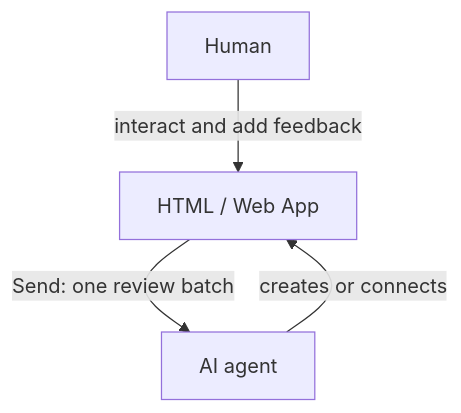
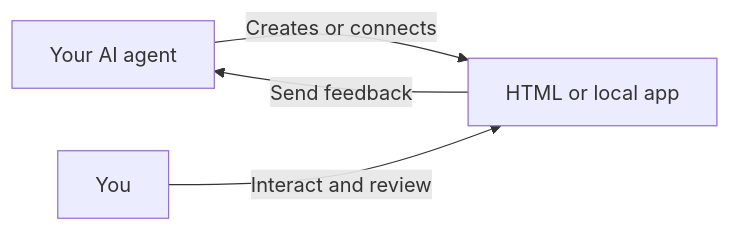
The diagram in README.md (souljorje/humagent), drawn with Mermaid before and after one commit. The commit also changed other lines of this file and 2 other files, not shown here.

````diff
--- a/README.md
+++ b/README.md
@@ -10,9 +8,6 @@
 ```mermaid
-flowchart TB
-  I["HTML / Web App"]
-  A["AI agent"]
-  H["Human"]
-  A -->|"creates or connects"| I
-  I -->|"Send: one review batch"| A
-  H -->|"interact and add feedback"| I
+flowchart LR
+  Agent["Your AI agent"] -->|Creates or connects| Page["HTML or local app"]
+  You["You"] -->|Interact and review| Page
+  Page -->|Send feedback| Agent
 ```
````
